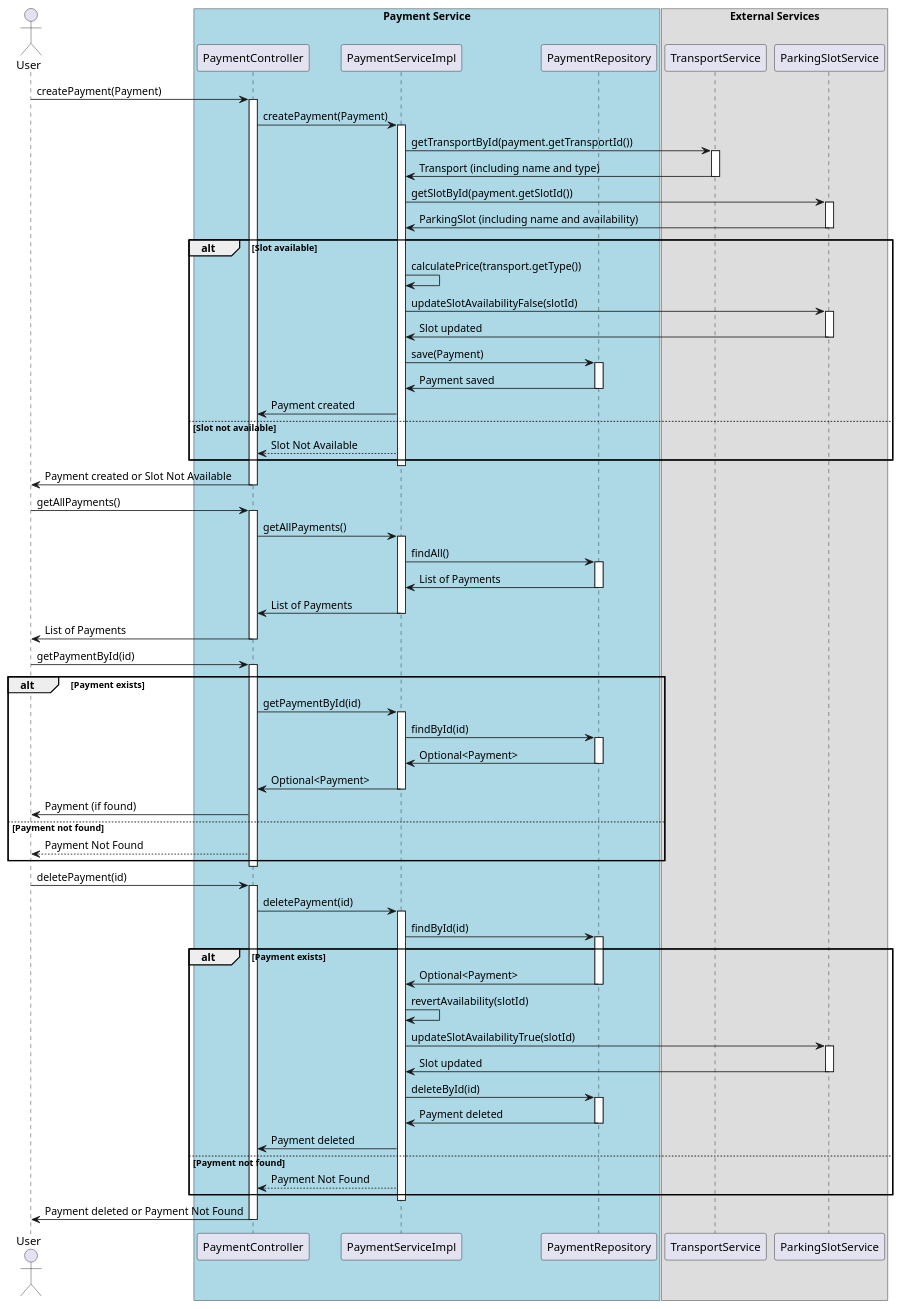
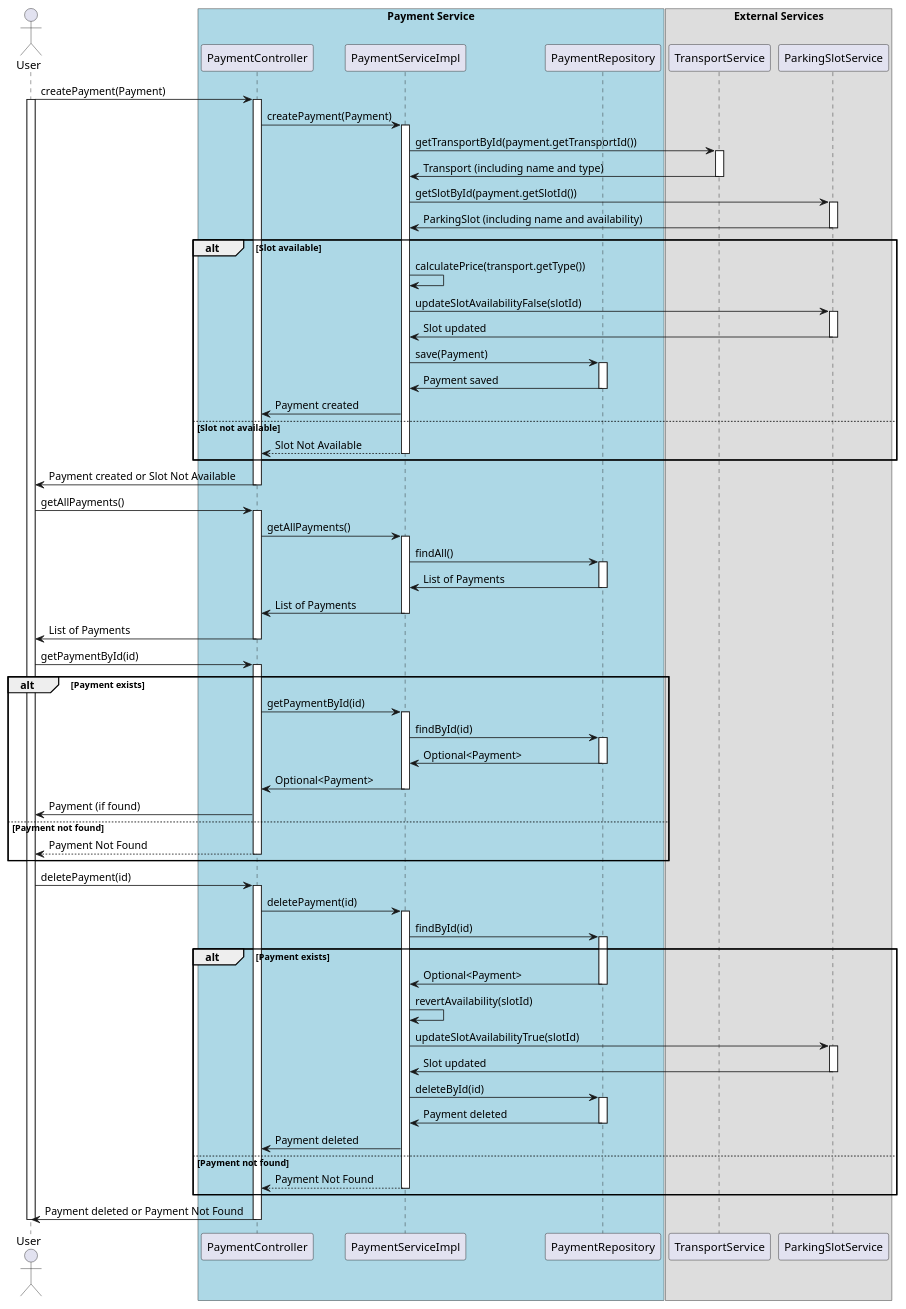
One commit to RakusasuDorea/MicroserviceDemo changed the diagram in payment-service/src/uml/Payment.puml. Above: the diagram before and after it, drawn with PlantUML. The commit also changed 1 other file, not shown here.

Commit message:
Payment.puml

```diff
--- a/payment-service/src/uml/Payment.puml
+++ b/payment-service/src/uml/Payment.puml
@@ -1,107 +1,109 @@
 @startuml
 actor User
 box "Payment Service" #LightBlue
     participant PaymentController
     participant PaymentServiceImpl
     participant PaymentRepository
 end box
 
 box "External Services"
     participant TransportService
     participant ParkingSlotService
 end box
 
 User -> PaymentController: createPayment(Payment)
+activate User
 activate PaymentController
 PaymentController -> PaymentServiceImpl: createPayment(Payment)
 activate PaymentServiceImpl
 
 PaymentServiceImpl -> TransportService: getTransportById(payment.getTransportId())
 activate TransportService
 TransportService -> PaymentServiceImpl: Transport (including name and type)
 deactivate TransportService
 
 PaymentServiceImpl -> ParkingSlotService: getSlotById(payment.getSlotId())
 activate ParkingSlotService
 ParkingSlotService -> PaymentServiceImpl: ParkingSlot (including name and availability)
 deactivate ParkingSlotService
 
 alt Slot available
     PaymentServiceImpl -> PaymentServiceImpl: calculatePrice(transport.getType())
     PaymentServiceImpl -> ParkingSlotService: updateSlotAvailabilityFalse(slotId)
     activate ParkingSlotService
     ParkingSlotService -> PaymentServiceImpl: Slot updated
     deactivate ParkingSlotService
 
     PaymentServiceImpl -> PaymentRepository: save(Payment)
     activate PaymentRepository
     PaymentRepository -> PaymentServiceImpl: Payment saved
     deactivate PaymentRepository
 
     PaymentServiceImpl -> PaymentController: Payment created
 else Slot not available
     PaymentServiceImpl --> PaymentController: Slot Not Available
+    deactivate PaymentServiceImpl
 end
-deactivate PaymentServiceImpl
 
 PaymentController -> User: Payment created or Slot Not Available
 deactivate PaymentController
 
 User -> PaymentController: getAllPayments()
 activate PaymentController
 PaymentController -> PaymentServiceImpl: getAllPayments()
 activate PaymentServiceImpl
 PaymentServiceImpl -> PaymentRepository: findAll()
 activate PaymentRepository
 PaymentRepository -> PaymentServiceImpl: List of Payments
 deactivate PaymentRepository
 PaymentServiceImpl -> PaymentController: List of Payments
 deactivate PaymentServiceImpl
 PaymentController -> User: List of Payments
 deactivate PaymentController
 
 User -> PaymentController: getPaymentById(id)
 activate PaymentController
 alt Payment exists
     PaymentController -> PaymentServiceImpl: getPaymentById(id)
     activate PaymentServiceImpl
     PaymentServiceImpl -> PaymentRepository: findById(id)
     activate PaymentRepository
     PaymentRepository -> PaymentServiceImpl: Optional<Payment>
     deactivate PaymentRepository
     PaymentServiceImpl -> PaymentController: Optional<Payment>
     deactivate PaymentServiceImpl
     PaymentController -> User: Payment (if found)
 else Payment not found
     PaymentController --> User: Payment Not Found
+    deactivate PaymentController
 end
-deactivate PaymentController
 
 User -> PaymentController: deletePayment(id)
 activate PaymentController
 PaymentController -> PaymentServiceImpl: deletePayment(id)
 activate PaymentServiceImpl
 PaymentServiceImpl -> PaymentRepository: findById(id)
 activate PaymentRepository
 alt Payment exists
     PaymentRepository -> PaymentServiceImpl: Optional<Payment>
     deactivate PaymentRepository
     PaymentServiceImpl -> PaymentServiceImpl: revertAvailability(slotId)
     PaymentServiceImpl -> ParkingSlotService: updateSlotAvailabilityTrue(slotId)
     activate ParkingSlotService
     ParkingSlotService -> PaymentServiceImpl: Slot updated
     deactivate ParkingSlotService
 
     PaymentServiceImpl -> PaymentRepository: deleteById(id)
     activate PaymentRepository
     PaymentRepository -> PaymentServiceImpl: Payment deleted
     deactivate PaymentRepository
 
     PaymentServiceImpl -> PaymentController: Payment deleted
 else Payment not found
     PaymentServiceImpl --> PaymentController: Payment Not Found
+    deactivate PaymentServiceImpl
 end
-deactivate PaymentServiceImpl
 PaymentController -> User: Payment deleted or Payment Not Found
+deactivate User
 deactivate PaymentController
 @enduml
```
